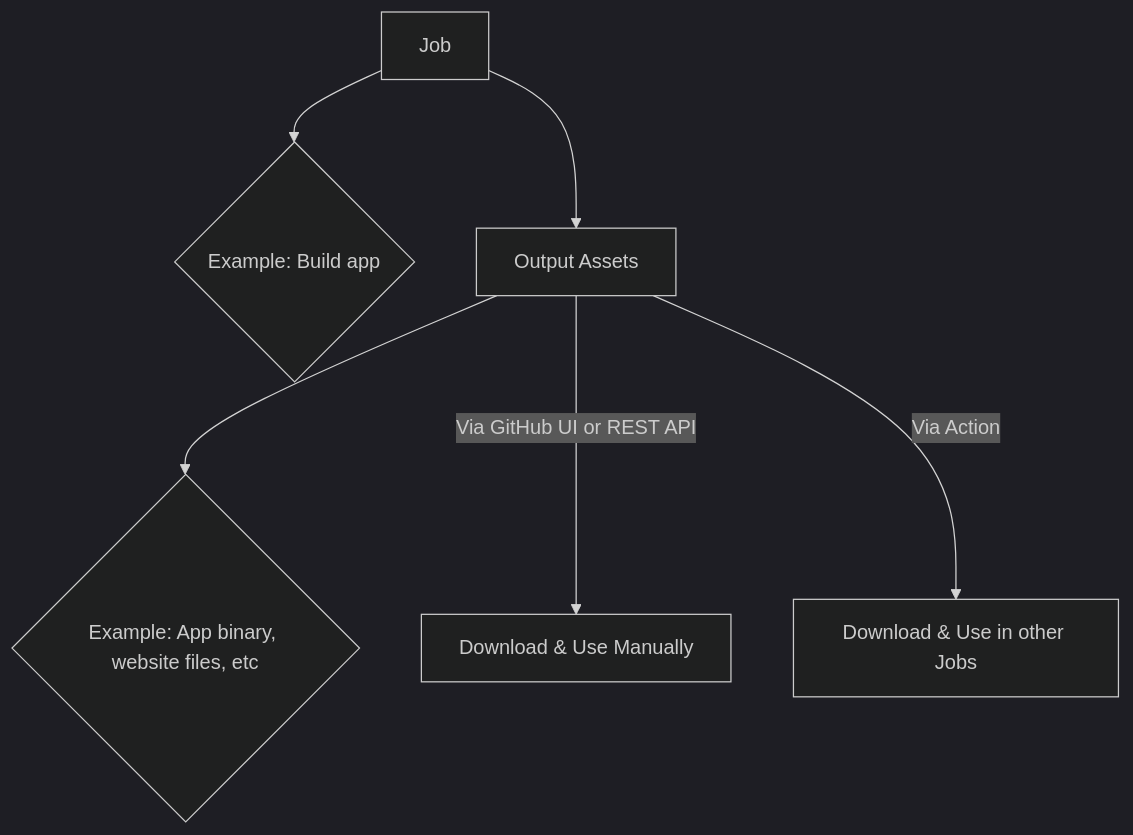
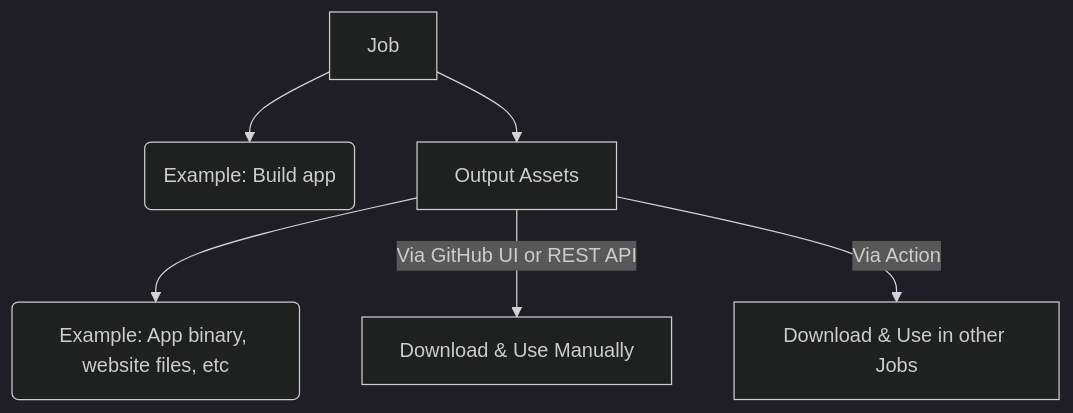
The diagram in content/posts/training/GitHub/2025-github-actions/05-artifacts-outputs/index.md (rtdevx/rtdevx.github.io), drawn with Mermaid (dark theme) before and after one commit. The commit also changed 1 other file, not shown here.

Commit message:
Obsidian sync: 2025-12-09 09:38:35

```diff
--- a/content/posts/training/GitHub/2025-github-actions/05-artifacts-outputs/index.md
+++ b/content/posts/training/GitHub/2025-github-actions/05-artifacts-outputs/index.md
@@ -24,8 +24,8 @@
 {{< mermaid >}}
 flowchart TD
-  A[Job] --> B{Example: Build app}
+  A[Job] --> B(Example: Build app)
   A --> C[Output Assets]
-  C --> D{Example: App binary, website files, etc}
+  C --> D(Example: App binary, website files, etc)
   C -->|Via GitHub UI or REST API| E[Download & Use Manually]
   C -->|Via Action| F[Download & Use in other Jobs]
 {{< /mermaid >}}
```
